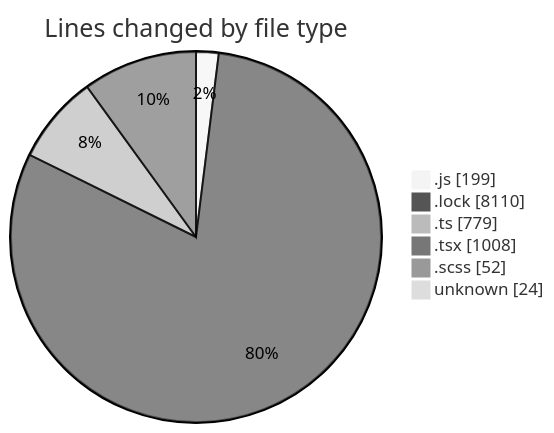
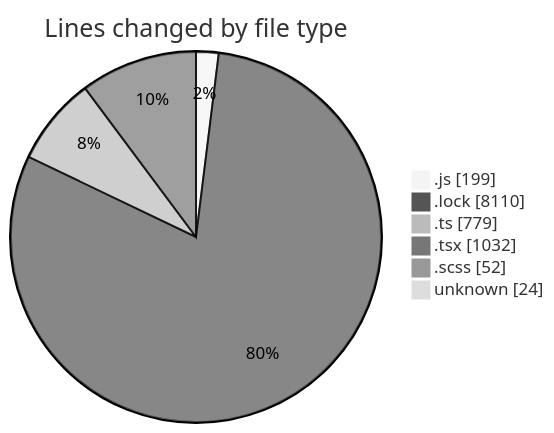
One commit to momahboobian/code-tracking changed the first of 2 diagrams in 2025-02-07/cda/README.md. Above: the diagram before and after it, drawn with Mermaid (neutral theme). The commit also changed other lines of this file and 1 other file, not shown here.

````diff
--- a/2025-02-07/cda/README.md
+++ b/2025-02-07/cda/README.md
@@ -57,10 +57,10 @@
 ```mermaid
 pie showData
 title Lines changed by file type
 ".js" : 199
 ".lock" : 8110
 ".ts" : 779
-".tsx" : 1008
+".tsx" : 1032
 ".scss" : 52
 "unknown" : 24
 ```
````
